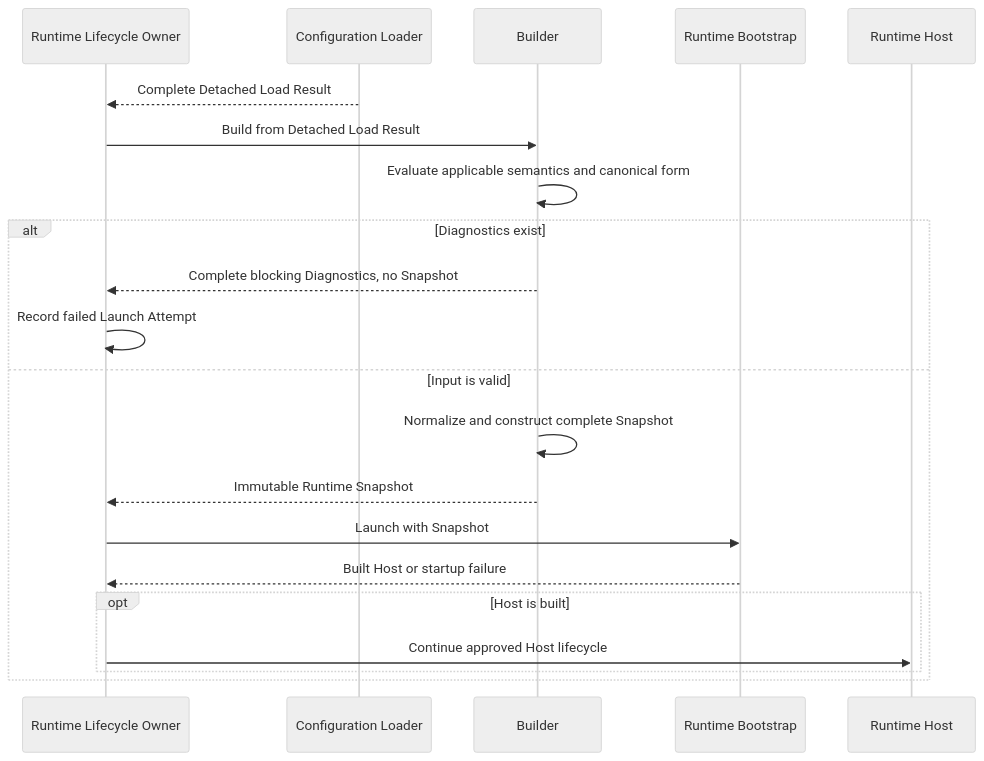
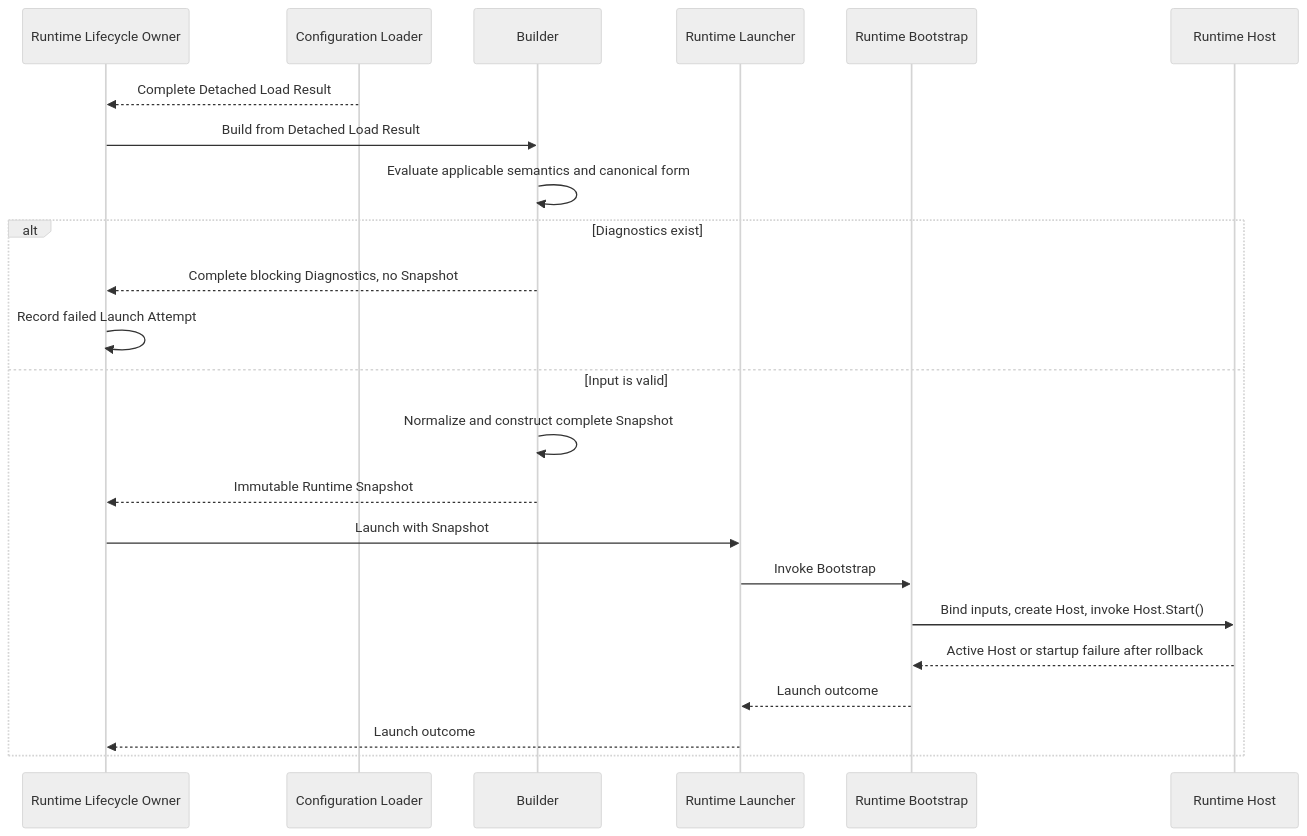
One commit to dsdred/universal-websocket-platform changed the diagram in docs/en/design/DP-008-snapshot-builder-contract.md. Above: the diagram before and after it, drawn with Mermaid (neutral theme). The commit also changed other lines of this file and 38 other files, not shown here.

````diff
--- a/docs/en/design/DP-008-snapshot-builder-contract.md
+++ b/docs/en/design/DP-008-snapshot-builder-contract.md
@@ -663,23 +672,25 @@
 ```mermaid
 sequenceDiagram
     participant O as Runtime Lifecycle Owner
     participant L as Configuration Loader
     participant B as Builder
+    participant X as Runtime Launcher
     participant R as Runtime Bootstrap
     participant H as Runtime Host
     L-->>O: Complete Detached Load Result
     O->>B: Build from Detached Load Result
     B->>B: Evaluate applicable semantics and canonical form
     alt Diagnostics exist
         B-->>O: Complete blocking Diagnostics, no Snapshot
         O->>O: Record failed Launch Attempt
     else Input is valid
         B->>B: Normalize and construct complete Snapshot
         B-->>O: Immutable Runtime Snapshot
-        O->>R: Launch with Snapshot
-        R-->>O: Built Host or startup failure
-        opt Host is built
-            O->>H: Continue approved Host lifecycle
-        end
+        O->>X: Launch with Snapshot
+        X->>R: Invoke Bootstrap
+        R->>H: Bind inputs, create Host, invoke Host.Start()
+        H-->>R: Active Host or startup failure after rollback
+        R-->>X: Launch outcome
+        X-->>O: Launch outcome
     end
 ```
````
